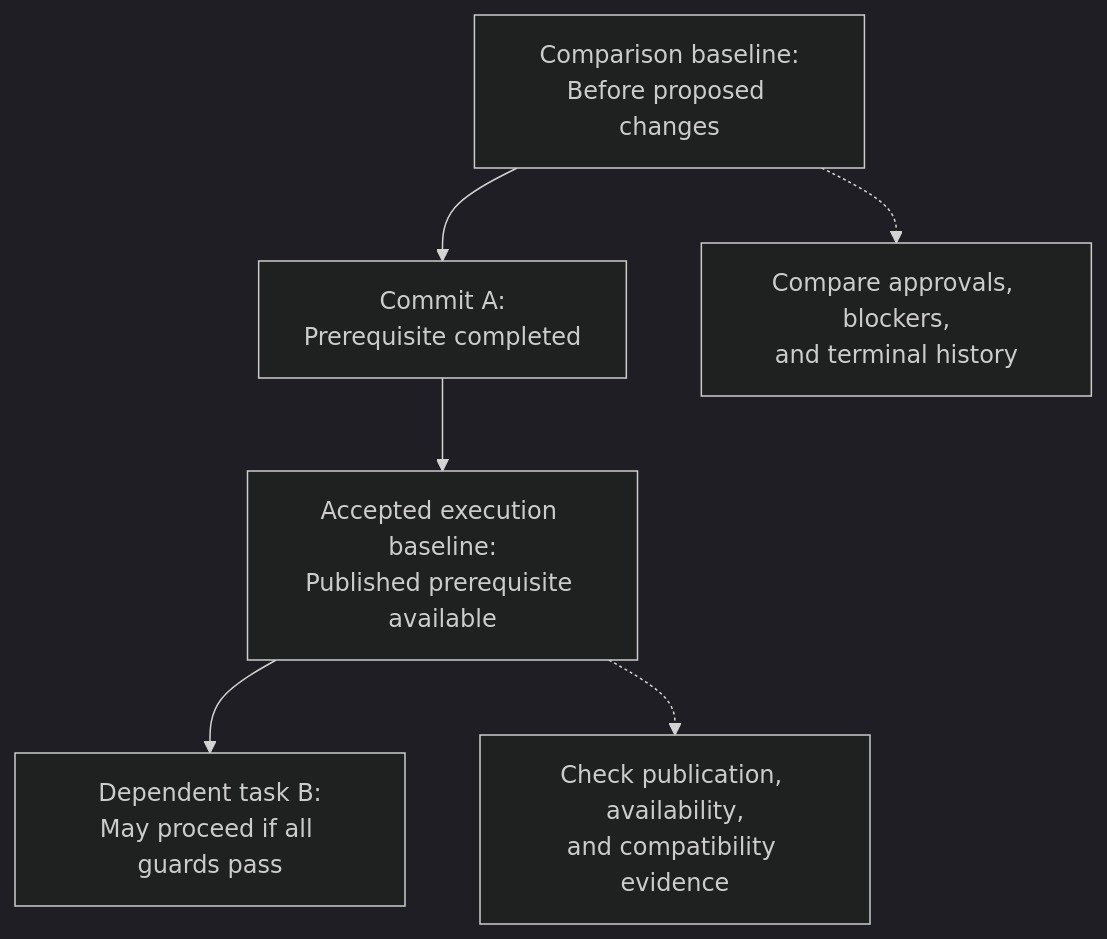
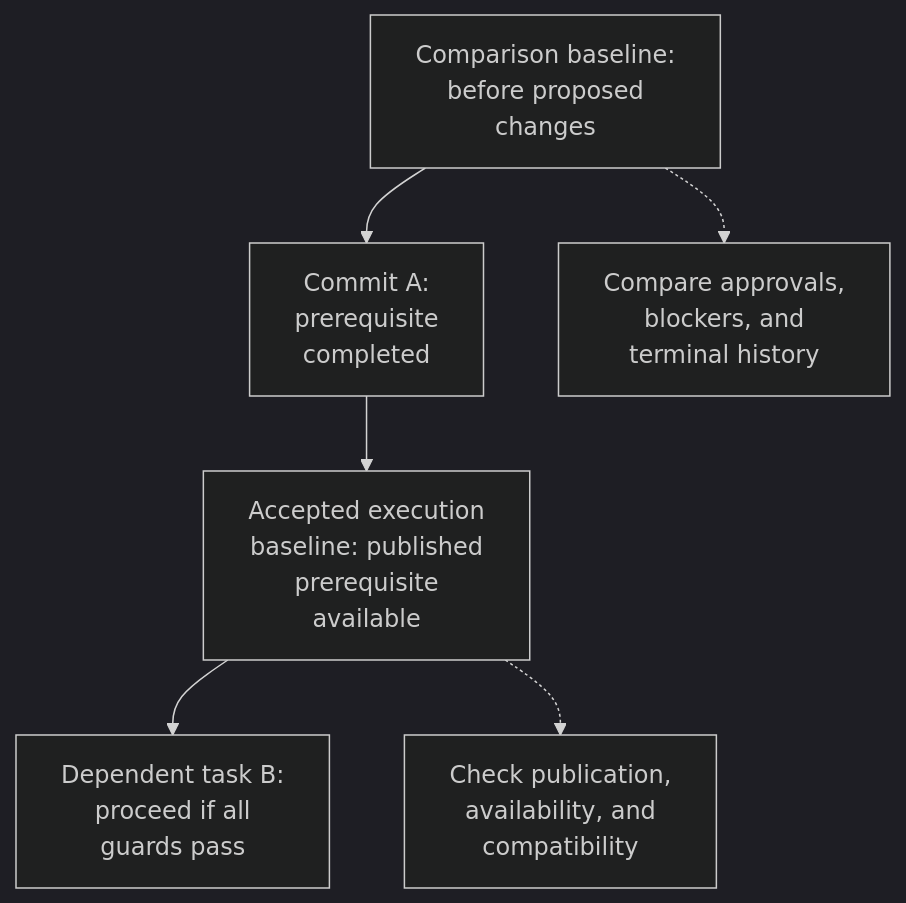
The fourth of 4 diagrams in README.md (AlexDubel/AIMemBankAndCDIP-tmpl), drawn with Mermaid (dark theme) before and after one commit. The commit also changed other lines of this file and 1 other file, not shown here.

Commit message:
Format Mermaid diagram node labels to prevent horizontal text clipping on GitHub

````diff
--- a/README.md
+++ b/README.md
@@ -291,8 +291,8 @@
 ```mermaid
 flowchart TD
-    Base["Comparison baseline:<br/>Before proposed changes"] --> A["Commit A:<br/>Prerequisite completed"]
-    A --> Execution["Accepted execution baseline:<br/>Published prerequisite available"]
-    Execution --> B["Dependent task B:<br/>May proceed if all guards pass"]
-    Base -.-> History["Compare approvals, blockers,<br/>and terminal history"]
-    Execution -.-> Dependency["Check publication, availability,<br/>and compatibility evidence"]
+    Base["Comparison baseline:<br/>before proposed<br/>changes"] --> A["Commit A:<br/>prerequisite<br/>completed"]
+    A --> Execution["Accepted execution<br/>baseline: published<br/>prerequisite<br/>available"]
+    Execution --> B["Dependent task B:<br/>proceed if all<br/>guards pass"]
+    Base -.-> History["Compare approvals,<br/>blockers, and<br/>terminal history"]
+    Execution -.-> Dependency["Check publication,<br/>availability, and<br/>compatibility"]
 ```
````
